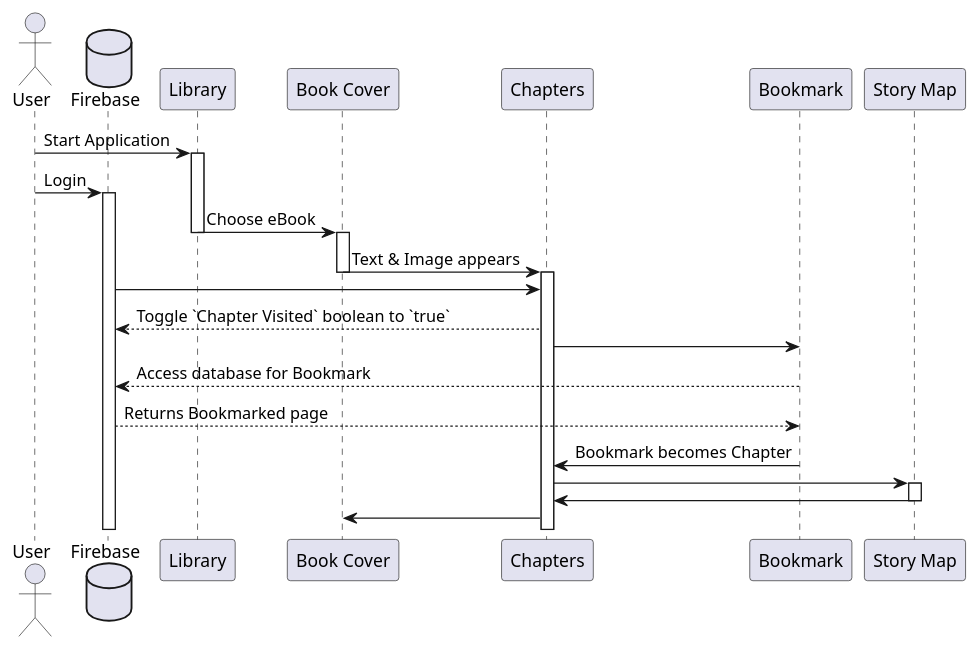
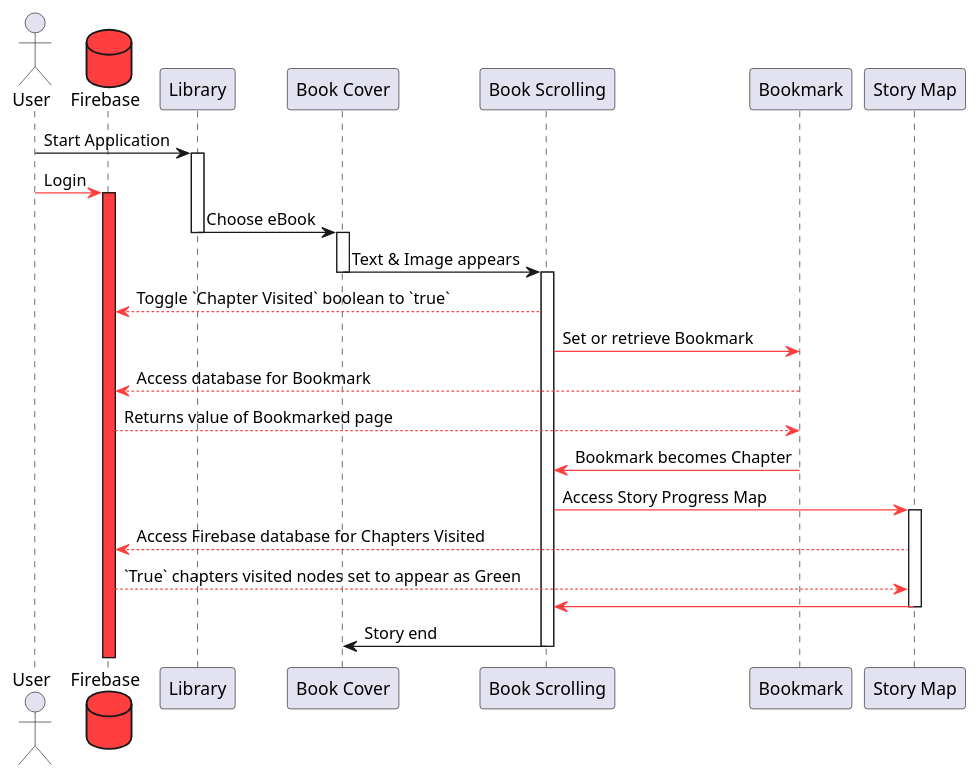
One commit to Tamsters24/The_Choice_Is_Yours changed the diagram in app/src/TCIYSequenceDiagram.puml. Above: the diagram before and after it, drawn with PlantUML. The commit also changed 2 other files, not shown here.

Commit message:
Sequence Diagram updated

```diff
--- a/app/src/TCIYSequenceDiagram.puml
+++ b/app/src/TCIYSequenceDiagram.puml
@@ -1,35 +1,37 @@
 @startuml
 'https://plantuml.com/sequence-diagram
 
 actor User
-database "Firebase" as Firebase
+database "Firebase" as Firebase #FF3F3F
 participant "Library" as Library
 participant "Book Cover" as Cover
-participant "Chapters" as Chapter
+participant "Book Scrolling" as Chapter
 participant "Bookmark" as Bookmark
 participant "Story Map" as Map
 
 
 User -> Library: Start Application
 activate Library
-User -> Firebase: Login
-activate Firebase
+User -[#FF3F3F]> Firebase: Login
+activate Firebase #FF3F3F
 Library -> Cover: Choose eBook
 deactivate Library
 activate Cover
 Cover -> Chapter: Text & Image appears
 deactivate Cover
 activate Chapter
-Firebase -> Chapter
-Chapter --> Firebase: Toggle `Chapter Visited` boolean to `true`
-Chapter -> Bookmark
-Bookmark --> Firebase: Access database for Bookmark
-Firebase --> Bookmark: Returns Bookmarked page
-Bookmark -> Chapter: Bookmark becomes Chapter
-Chapter -> Map
+Chapter --[#FF3F3F]> Firebase: Toggle `Chapter Visited` boolean to `true`
+Chapter -[#FF3F3F]> Bookmark : Set or retrieve Bookmark
+Bookmark --[#FF3F3F]> Firebase: Access database for Bookmark
+Firebase --[#FF3F3F]> Bookmark: Returns value of Bookmarked page
+Bookmark -[#FF3F3F]> Chapter: Bookmark becomes Chapter
+Chapter -[#FF3F3F]> Map : Access Story Progress Map
 activate Map
-Map -> Chapter
+Map --[#FF3F3F]> Firebase: Access Firebase database for Chapters Visited
+Firebase --[#FF3F3F]> Map: `True` chapters visited nodes set to appear as Green
+Map -[#FF3F3F]> Chapter
 deactivate Map
-Chapter -> Cover
+Chapter -> Cover : Story end
+deactivate Chapter
 
 @enduml
```
